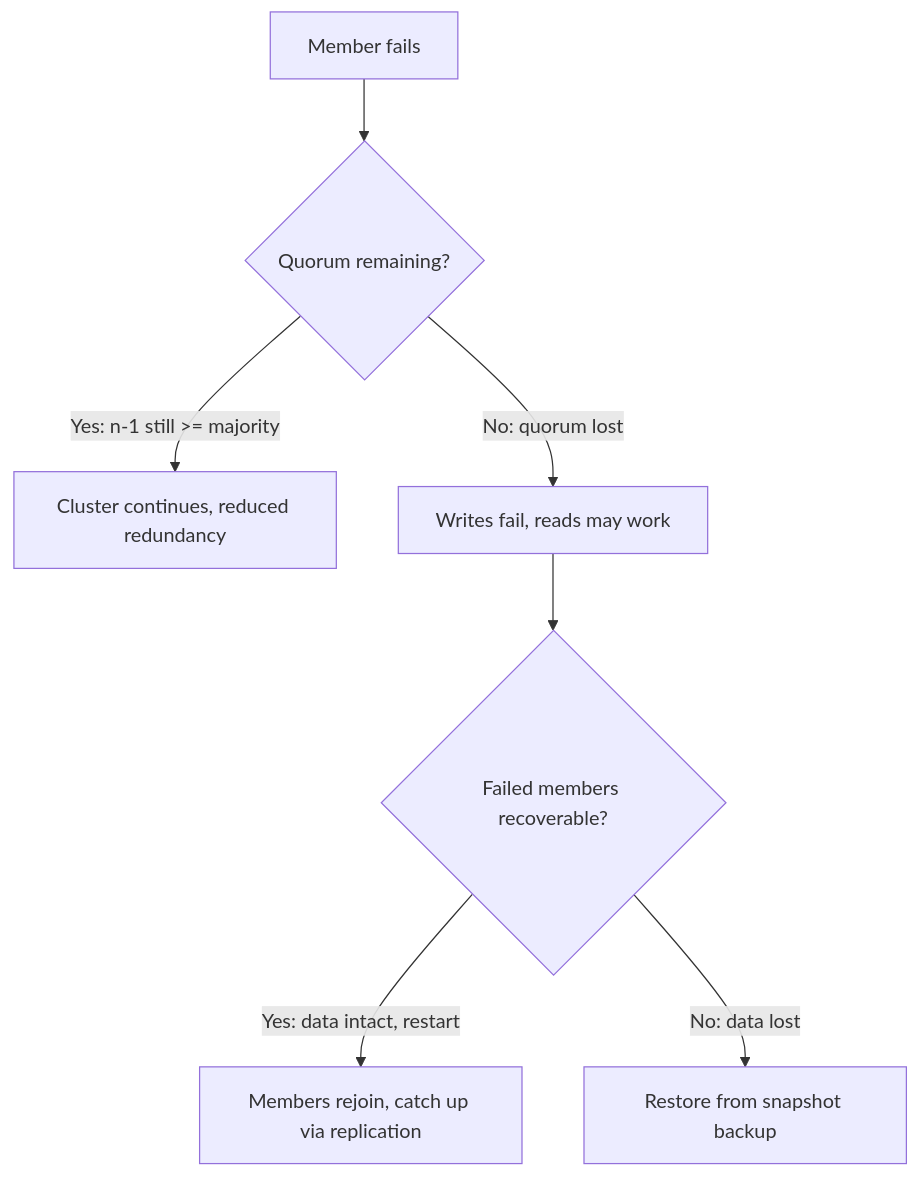
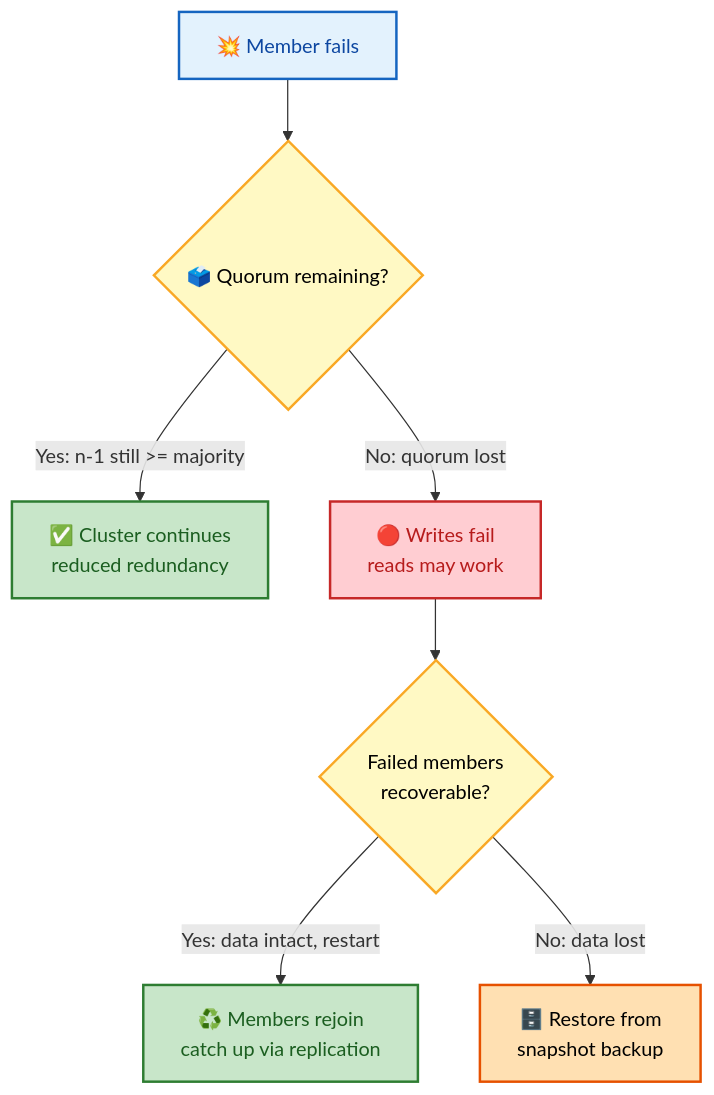
The eighth of 8 diagrams in kubernetes/04-ETCD.md (rakesh-budde/devops-guide), drawn with Mermaid before and after one commit. The commit also changed other lines of this file and 73 other files, not shown here.

````diff
--- a/kubernetes/04-ETCD.md
+++ b/kubernetes/04-ETCD.md
@@ -445,9 +788,21 @@
 ```mermaid
 flowchart TD
-    Start["Member fails"] --> Q{"Quorum remaining?"}
-    Q -->|Yes: n-1 still >= majority| Continue["Cluster continues, reduced redundancy"]
-    Q -->|No: quorum lost| ReadOnly["Writes fail, reads may work"]
-    ReadOnly --> Recover{"Failed members recoverable?"}
-    Recover -->|Yes: data intact, restart| Rejoin["Members rejoin, catch up via replication"]
-    Recover -->|No: data lost| Restore["Restore from snapshot backup"]
+    Start["💥 Member fails"] --> Q{"🗳️ Quorum remaining?"}
+    Q -->|"Yes: n-1 still >= majority"| Continue["✅ Cluster continues<br/>reduced redundancy"]
+    Q -->|"No: quorum lost"| ReadOnly["🔴 Writes fail<br/>reads may work"]
+    ReadOnly --> Recover{"Failed members<br/>recoverable?"}
+    Recover -->|"Yes: data intact, restart"| Rejoin["♻️ Members rejoin<br/>catch up via replication"]
+    Recover -->|"No: data lost"| Restore["🗄️ Restore from<br/>snapshot backup"]
+
+    classDef start fill:#e3f2fd,stroke:#1565c0,color:#0d47a1,stroke-width:2px;
+    classDef proc fill:#fff9c4,stroke:#f9a825,color:#000,stroke-width:2px;
+    classDef good fill:#c8e6c9,stroke:#2e7d32,color:#1b5e20,stroke-width:2px;
+    classDef bad fill:#ffcdd2,stroke:#c62828,color:#b71c1c,stroke-width:2px;
+    classDef ctrl fill:#e1bee7,stroke:#6a1b9a,color:#4a148c,stroke-width:2px;
+    classDef store fill:#ffe0b2,stroke:#e65100,color:#000,stroke-width:2px;
+    class Start start
+    class Q,Recover proc
+    class Continue,Rejoin good
+    class ReadOnly bad
+    class Restore store
 ```
````
